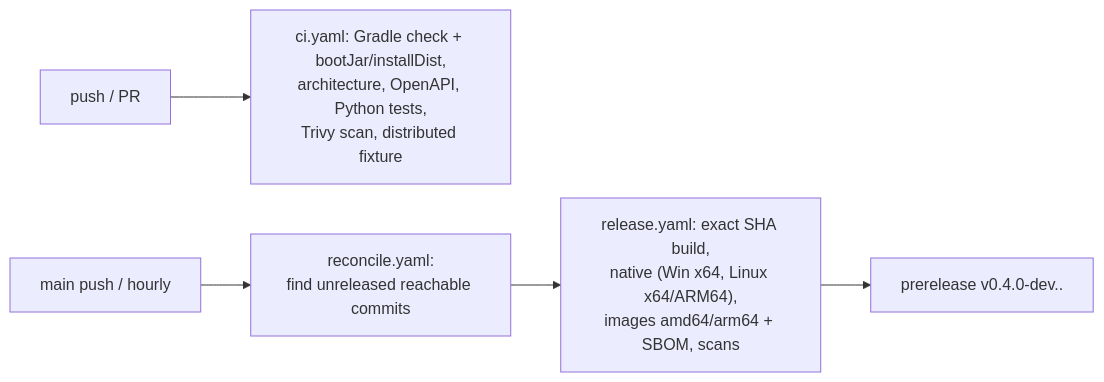
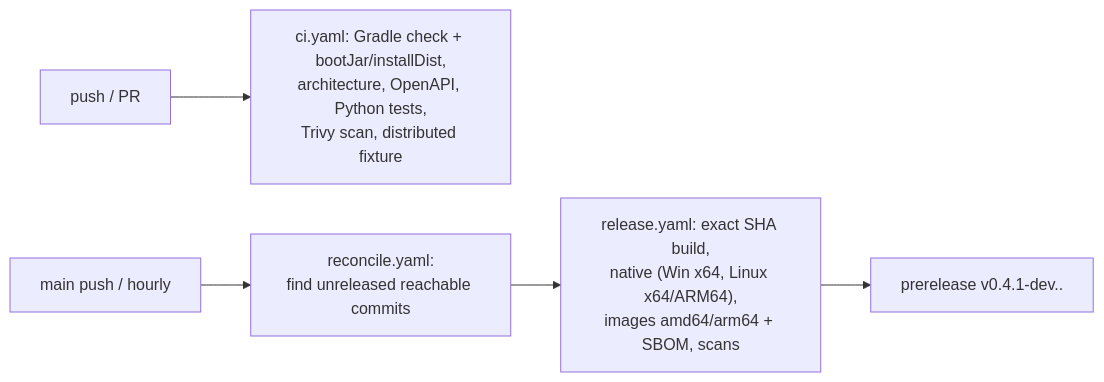
One commit to athegreat90/minecraft-modsync changed diagram 12 of 12 in docs/GUIDE.md. Above: the diagram before and after it, drawn with Mermaid. The commit also changed 39 other files, not shown here.

````diff
--- a/docs/GUIDE.md
+++ b/docs/GUIDE.md
@@ -384,7 +384,7 @@
 ```mermaid
 flowchart LR
   PR[push / PR] --> CI["ci.yaml: Gradle check + bootJar/installDist,\narchitecture, OpenAPI, Python tests,\nTrivy scan, distributed fixture"]
   main[main push / hourly] --> REC["reconcile.yaml:\nfind unreleased reachable commits"]
   REC --> REL["release.yaml: exact SHA build,\nnative (Win x64, Linux x64/ARM64),\nimages amd64/arm64 + SBOM, scans"]
-  REL --> PRE["prerelease v0.4.0-dev.<time>.<sha>"]
+  REL --> PRE["prerelease v0.4.1-dev.<time>.<sha>"]
 ```
````
